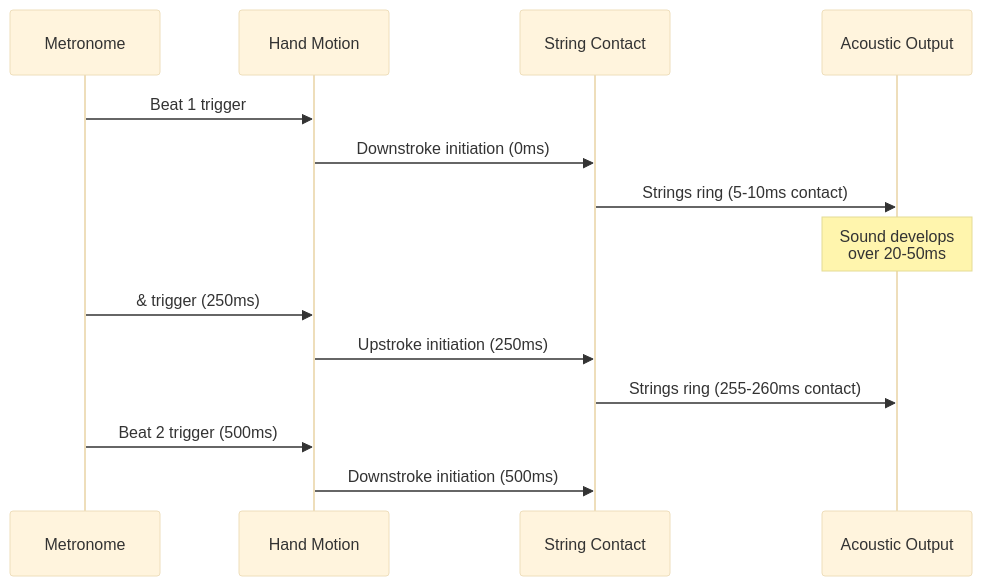
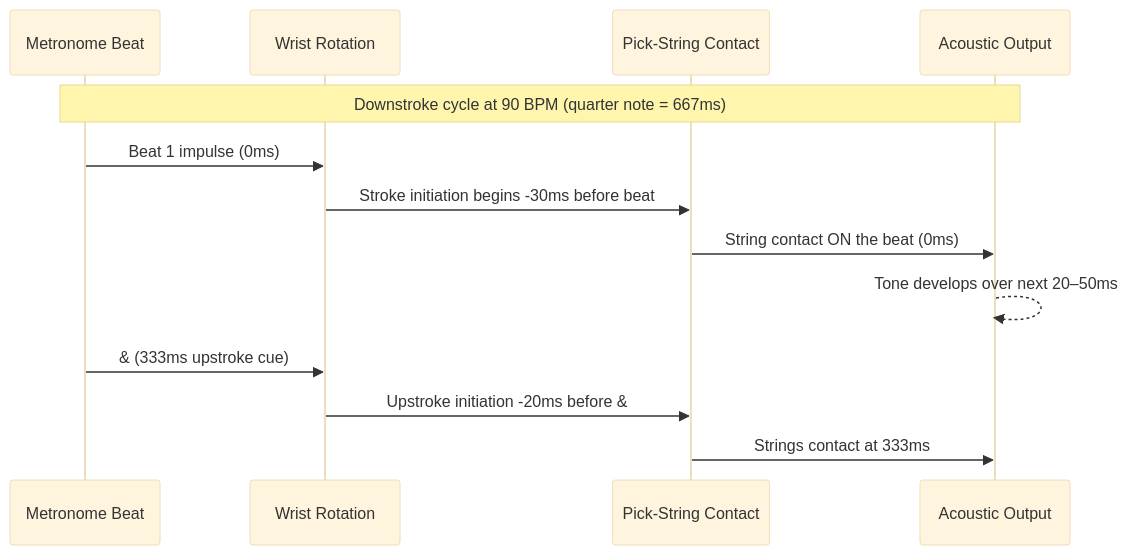
The second of 6 diagrams in topics/arts/music_performance/acoustic_guitar/lesson_02_chords_and_strumming.md (blebleblee/synapse), drawn with Mermaid (base theme) before and after one commit. The commit also changed other lines of this file and 4 other files, not shown here.

````diff
--- a/topics/arts/music_performance/acoustic_guitar/lesson_02_chords_and_strumming.md
+++ b/topics/arts/music_performance/acoustic_guitar/lesson_02_chords_and_strumming.md
@@ -253,17 +374,18 @@
 ```mermaid
 sequenceDiagram
-    participant M as Metronome
-    participant H as Hand Motion
-    participant S as String Contact
-    participant A as Acoustic Output
-    
-    M->>H: Beat 1 trigger
-    H->>S: Downstroke initiation (0ms)
-    S->>A: Strings ring (5-10ms contact)
-    Note over A: Sound develops<br/>over 20-50ms
-    M->>H: & trigger (250ms)
-    H->>S: Upstroke initiation (250ms)
-    S->>A: Strings ring (255-260ms contact)
-    M->>H: Beat 2 trigger (500ms)
-    H->>S: Downstroke initiation (500ms)
+    participant Beat as Metronome Beat
+    participant WR as Wrist Rotation
+    participant Pick as Pick-String Contact
+    participant Sound as Acoustic Output
+
+    Note over Beat,Sound: Downstroke cycle at 90 BPM (quarter note = 667ms)
+
+    Beat->>WR: Beat 1 impulse (0ms)
+    WR->>Pick: Stroke initiation begins -30ms before beat
+    Pick->>Sound: String contact ON the beat (0ms)
+    Sound-->>Sound: Tone develops over next 20–50ms
+
+    Beat->>WR: & (333ms upstroke cue)
+    WR->>Pick: Upstroke initiation -20ms before &
+    Pick->>Sound: Strings contact at 333ms
 ```
````
